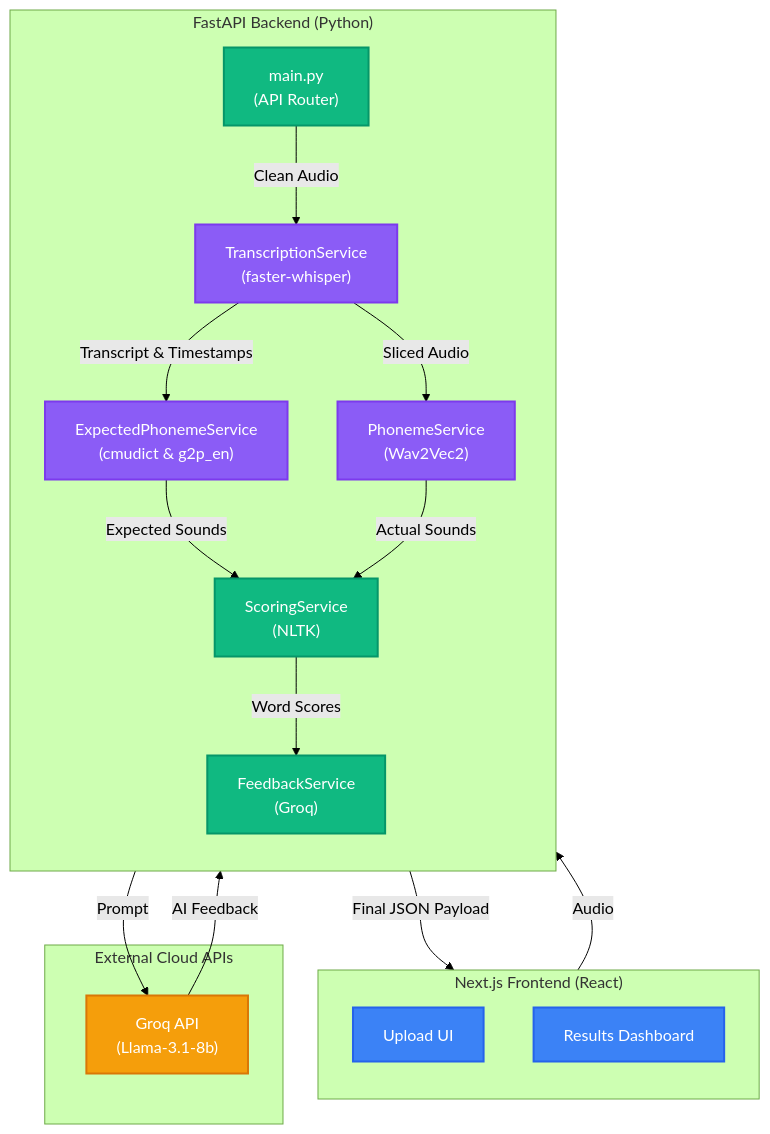
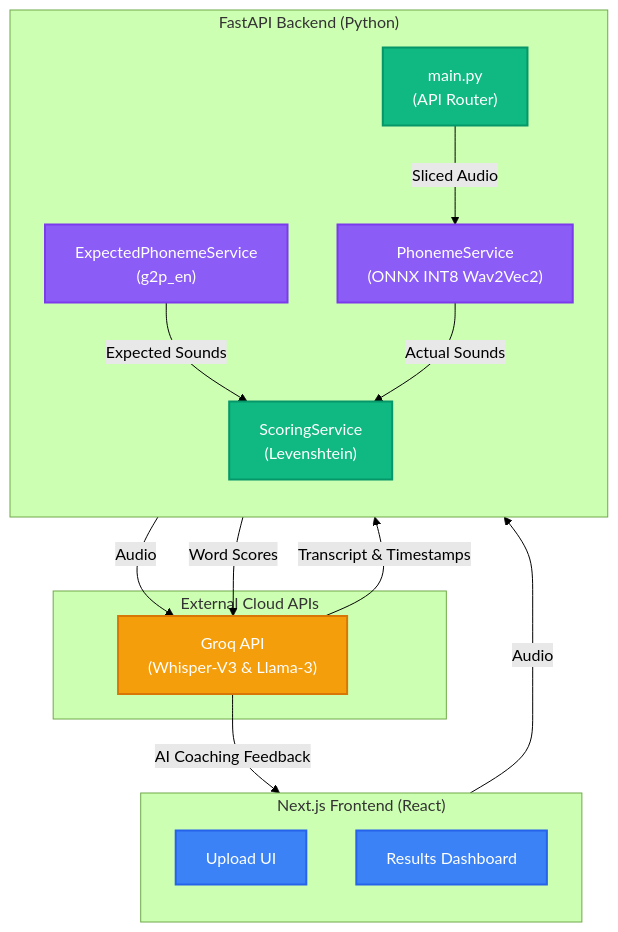
One commit to Bodhi132/voiceai changed the diagram in README.md. Above: the diagram before and after it, drawn with Mermaid (forest theme). The commit also changed other lines of this file, not shown here.

````diff
--- a/README.md
+++ b/README.md
@@ -19,39 +19,34 @@
 ```mermaid
 flowchart TD
     classDef frontend fill:#3B82F6,stroke:#2563EB,stroke-width:2px,color:white;
     classDef backend fill:#10B981,stroke:#059669,stroke-width:2px,color:white;
     classDef external fill:#F59E0B,stroke:#D97706,stroke-width:2px,color:white;
     classDef aiModel fill:#8B5CF6,stroke:#7C3AED,stroke-width:2px,color:white;
 
     subgraph Client ["Next.js Frontend (React)"]
         direction TB
         UploadPage["Upload UI"]:::frontend
         ResultsPage["Results Dashboard"]:::frontend
     end
 
     subgraph Server ["FastAPI Backend (Python)"]
         direction TB
         MainRouter["main.py\n(API Router)"]:::backend
-        
-        Transcriber["TranscriptionService\n(faster-whisper)"]:::aiModel
-        ExpectedPhonemes["ExpectedPhonemeService\n(cmudict & g2p_en)"]:::aiModel
-        ActualPhonemes["PhonemeService\n(Wav2Vec2)"]:::aiModel
-        Scorer["ScoringService\n(NLTK)"]:::backend
-        Feedback["FeedbackService\n(Groq)"]:::backend
+        ExpectedPhonemes["ExpectedPhonemeService\n(g2p_en)"]:::aiModel
+        ActualPhonemes["PhonemeService\n(ONNX INT8 Wav2Vec2)"]:::aiModel
+        Scorer["ScoringService\n(Levenshtein)"]:::backend
     end
 
     subgraph Cloud ["External Cloud APIs"]
-        Groq["Groq API\n(Llama-3.1-8b)"]:::external
+        Groq["Groq API\n(Whisper-V3 & Llama-3)"]:::external
     end
 
     UploadPage -- "Audio" --> MainRouter
-    MainRouter -- "Clean Audio" --> Transcriber
-    Transcriber -- "Transcript & Timestamps" --> ExpectedPhonemes
-    Transcriber -- "Sliced Audio" --> ActualPhonemes
+    MainRouter -- "Audio" --> Groq
+    Groq -- "Transcript & Timestamps" --> ExpectedPhonemes
+    MainRouter -- "Sliced Audio" --> ActualPhonemes
     ExpectedPhonemes -- "Expected Sounds" --> Scorer
     ActualPhonemes -- "Actual Sounds" --> Scorer
-    Scorer -- "Word Scores" --> Feedback
-    Feedback -- "Prompt" --> Groq
-    Groq -- "AI Feedback" --> Feedback
-    Feedback -- "Final JSON Payload" --> ResultsPage
+    Scorer -- "Word Scores" --> Groq
+    Groq -- "AI Coaching Feedback" --> ResultsPage
 ```
````
